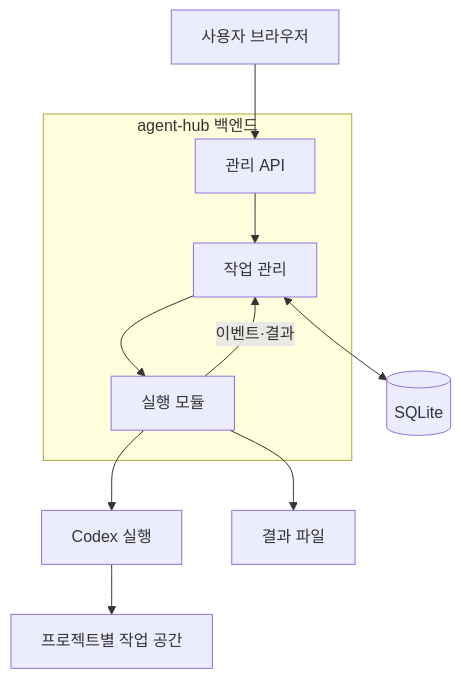
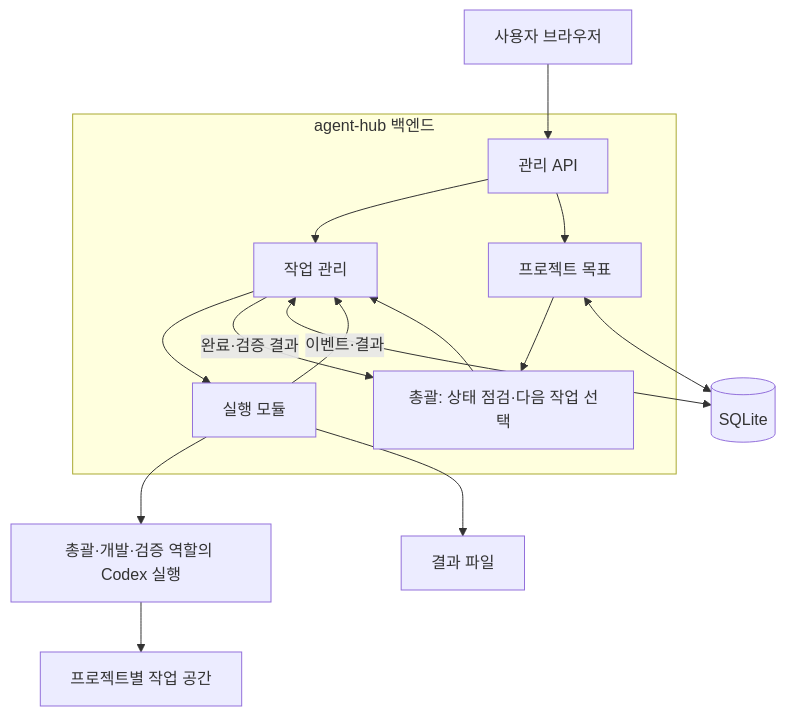
Before and after one commit to lmj00/agent-hub: the diagram in README.md, drawn with Mermaid. The commit also changed other lines of this file and 3 other files, not shown here.

````diff
--- a/README.md
+++ b/README.md
@@ -56,13 +59,18 @@
 ```mermaid
 flowchart TD
     User[사용자 브라우저] --> API
     subgraph Hub[agent-hub 백엔드]
         API[관리 API] --> Tasks[작업 관리]
+        API --> Goals[프로젝트 목표]
+        Goals --> Planner[총괄: 상태 점검·다음 작업 선택]
+        Planner --> Tasks
         Tasks --> Worker[실행 모듈]
+        Tasks -->|완료·검증 결과| Planner
     end
     Tasks <--> DB[(SQLite)]
     Worker -->|이벤트·결과| Tasks
-    Worker --> Agent[Codex 실행]
+    Goals <--> DB
+    Worker --> Agent[총괄·개발·검증 역할의 Codex 실행]
     Agent --> Workspace[프로젝트별 작업 공간]
     Worker --> Artifacts[결과 파일]
 ```
````
